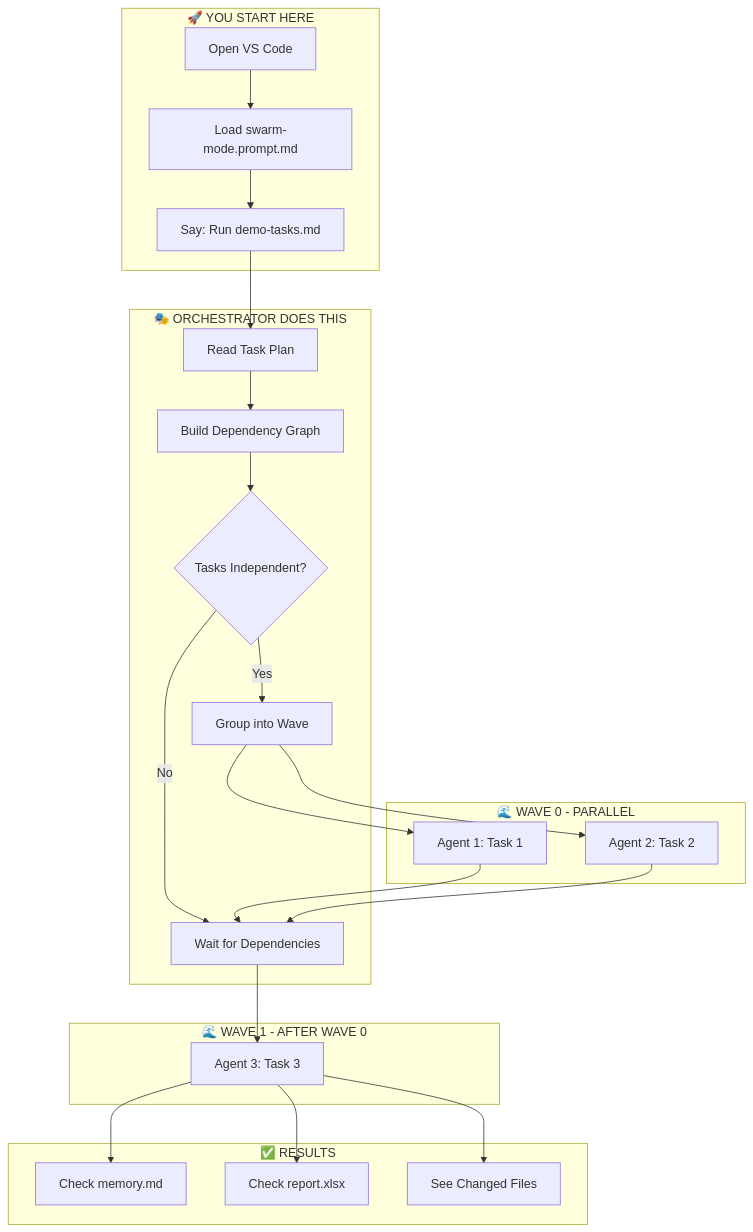
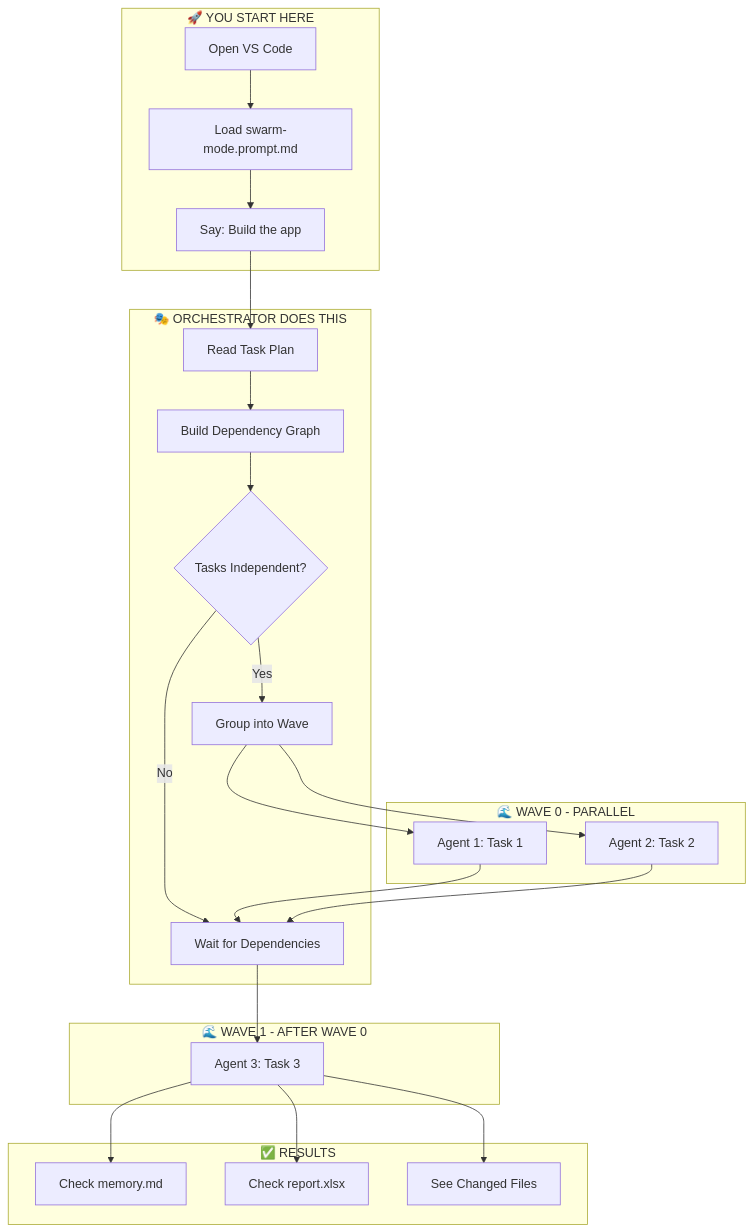
One commit to lenvolk/simplepetapp changed the first of 5 diagrams in README.md. Above: the diagram before and after it, drawn with Mermaid. The commit also changed other lines of this file and 7 other files, not shown here.

Commit message:
Refactor documentation and cleanup scripts: remove demo tasks, update implementation references, and enhance report tracking setup for multi-agent orchestration.

````diff
--- a/README.md
+++ b/README.md
@@ -104,35 +104,35 @@
 ```mermaid
 flowchart TB
     subgraph START ["🚀 YOU START HERE"]
         A[Open VS Code] --> B[Load swarm-mode.prompt.md]
-        B --> C["Say: Run demo-tasks.md"]
+        B --> C["Say: Build the app"]
     end
     
     subgraph ORCHESTRATOR ["🎭 ORCHESTRATOR DOES THIS"]
         D[Read Task Plan] --> E[Build Dependency Graph]
         E --> F{Tasks Independent?}
         F -->|Yes| G[Group into Wave]
         F -->|No| H[Wait for Dependencies]
     end
     
     subgraph WAVE0 ["🌊 WAVE 0 - PARALLEL"]
         I[Agent 1: Task 1]
         J[Agent 2: Task 2]
     end
     
     subgraph WAVE1 ["🌊 WAVE 1 - AFTER WAVE 0"]
         K[Agent 3: Task 3]
     end
     
     subgraph FINISH ["✅ RESULTS"]
         L[Check memory.md]
         M[Check report.xlsx]
         N[See Changed Files]
     end
     
     C --> D
     G --> I & J
     I & J --> H
     H --> K
     K --> L & M & N
 ```
````
